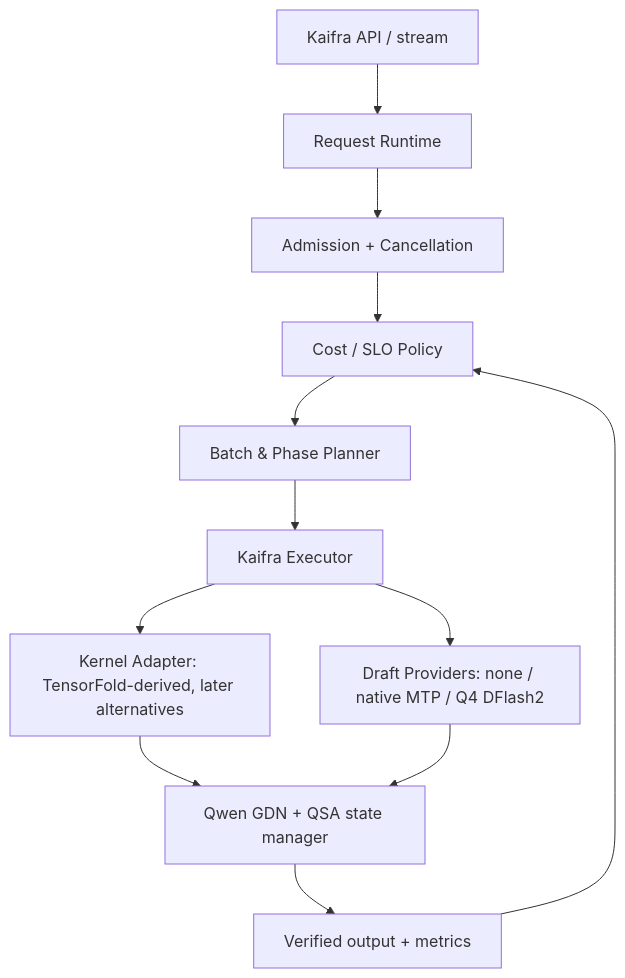
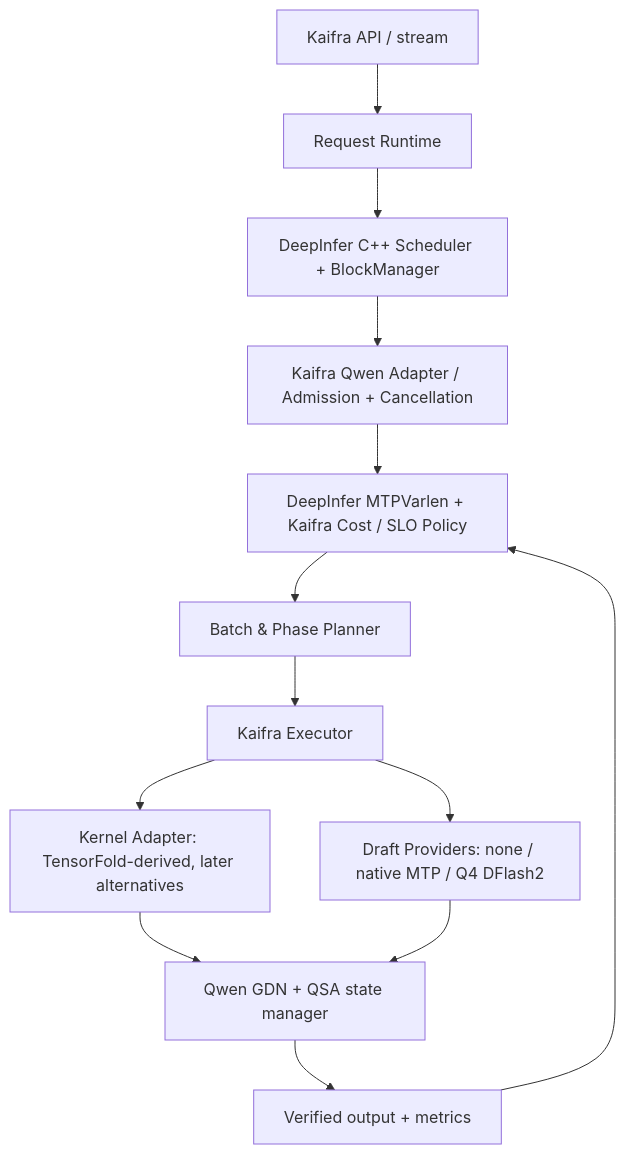
Before and after one commit to EdwinWang831/spark-infer-q: the diagram in docs/KAIFRA_IMPLEMENTATION_ROADMAP.md, drawn with Mermaid. The commit also changed other lines of this file, not shown here.

Commit message:
docs: anchor Kaifra roadmap on DeepInfer C++ scheduler and MTPVarlen

```diff
--- a/docs/KAIFRA_IMPLEMENTATION_ROADMAP.md
+++ b/docs/KAIFRA_IMPLEMENTATION_ROADMAP.md
@@ -26,14 +27,15 @@
 ~~~mermaid
 flowchart TD
     API["Kaifra API / stream"] --> R["Request Runtime"]
-    R --> AD["Admission + Cancellation"]
-    AD --> CP["Cost / SLO Policy"]
+    R --> DS["DeepInfer C++ Scheduler + BlockManager"]
+    DS --> AD["Kaifra Qwen Adapter / Admission + Cancellation"]
+    AD --> CP["DeepInfer MTPVarlen + Kaifra Cost / SLO Policy"]
     CP --> BP["Batch & Phase Planner"]
     BP --> EX["Kaifra Executor"]
     EX --> KP["Kernel Adapter: TensorFold-derived, later alternatives"]
     EX --> DP["Draft Providers: none / native MTP / Q4 DFlash2"]
     KP --> ST["Qwen GDN + QSA state manager"]
     DP --> ST
     ST --> OUT["Verified output + metrics"]
     OUT --> CP
 ~~~
```
